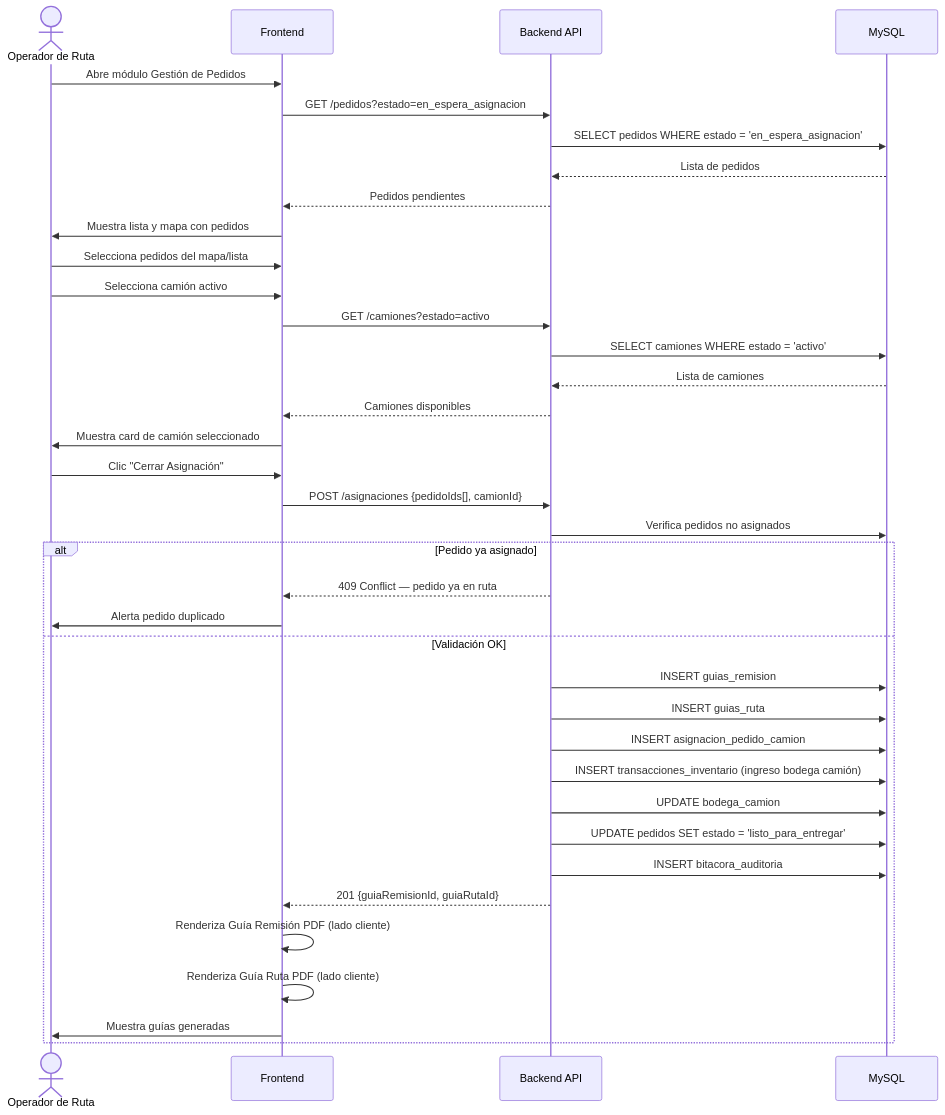
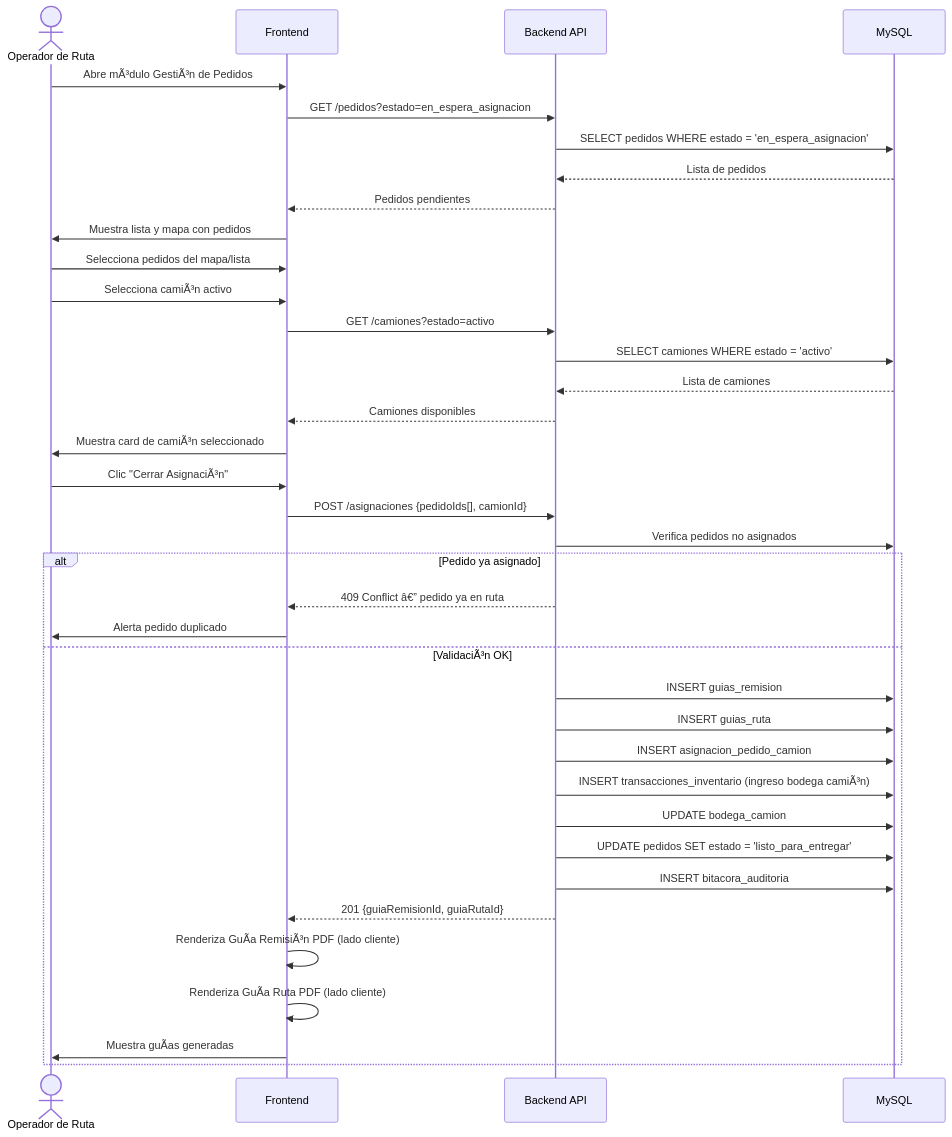
Before and after one commit to UNIPI6TO/PI-ECOMMERCE-FRITOLAY: the fourth of 23 diagrams in docs/especificacion.md, drawn with Mermaid. The commit also changed other lines of this file, not shown here.

````diff
--- a/docs/especificacion.md
+++ b/docs/especificacion.md
@@ -959,42 +959,42 @@
 ```mermaid
 sequenceDiagram
     actor Operador as Operador de Ruta
     participant FE as Frontend
     participant API as Backend API
     participant DB as MySQL
 
-    Operador->>FE: Abre módulo Gestión de Pedidos
+    Operador->>FE: Abre mÃ³dulo GestiÃ³n de Pedidos
     FE->>API: GET /pedidos?estado=en_espera_asignacion
     API->>DB: SELECT pedidos WHERE estado = 'en_espera_asignacion'
     DB-->>API: Lista de pedidos
     API-->>FE: Pedidos pendientes
     FE->>Operador: Muestra lista y mapa con pedidos
 
     Operador->>FE: Selecciona pedidos del mapa/lista
-    Operador->>FE: Selecciona camión activo
+    Operador->>FE: Selecciona camiÃ³n activo
     FE->>API: GET /camiones?estado=activo
     API->>DB: SELECT camiones WHERE estado = 'activo'
     DB-->>API: Lista de camiones
     API-->>FE: Camiones disponibles
-    FE->>Operador: Muestra card de camión seleccionado
+    FE->>Operador: Muestra card de camiÃ³n seleccionado
 
-    Operador->>FE: Clic "Cerrar Asignación"
+    Operador->>FE: Clic "Cerrar AsignaciÃ³n"
     FE->>API: POST /asignaciones {pedidoIds[], camionId}
     API->>DB: Verifica pedidos no asignados
     alt Pedido ya asignado
-        API-->>FE: 409 Conflict — pedido ya en ruta
+        API-->>FE: 409 Conflict â€” pedido ya en ruta
         FE->>Operador: Alerta pedido duplicado
-    else Validación OK
+    else ValidaciÃ³n OK
         API->>DB: INSERT guias_remision
         API->>DB: INSERT guias_ruta
         API->>DB: INSERT asignacion_pedido_camion
-        API->>DB: INSERT transacciones_inventario (ingreso bodega camión)
+        API->>DB: INSERT transacciones_inventario (ingreso bodega camiÃ³n)
         API->>DB: UPDATE bodega_camion
         API->>DB: UPDATE pedidos SET estado = 'listo_para_entregar'
         API->>DB: INSERT bitacora_auditoria
         API-->>FE: 201 {guiaRemisionId, guiaRutaId}
-        FE->>FE: Renderiza Guía Remisión PDF (lado cliente)
-        FE->>FE: Renderiza Guía Ruta PDF (lado cliente)
-        FE->>Operador: Muestra guías generadas
+        FE->>FE: Renderiza GuÃ­a RemisiÃ³n PDF (lado cliente)
+        FE->>FE: Renderiza GuÃ­a Ruta PDF (lado cliente)
+        FE->>Operador: Muestra guÃ­as generadas
     end
 ```
````
